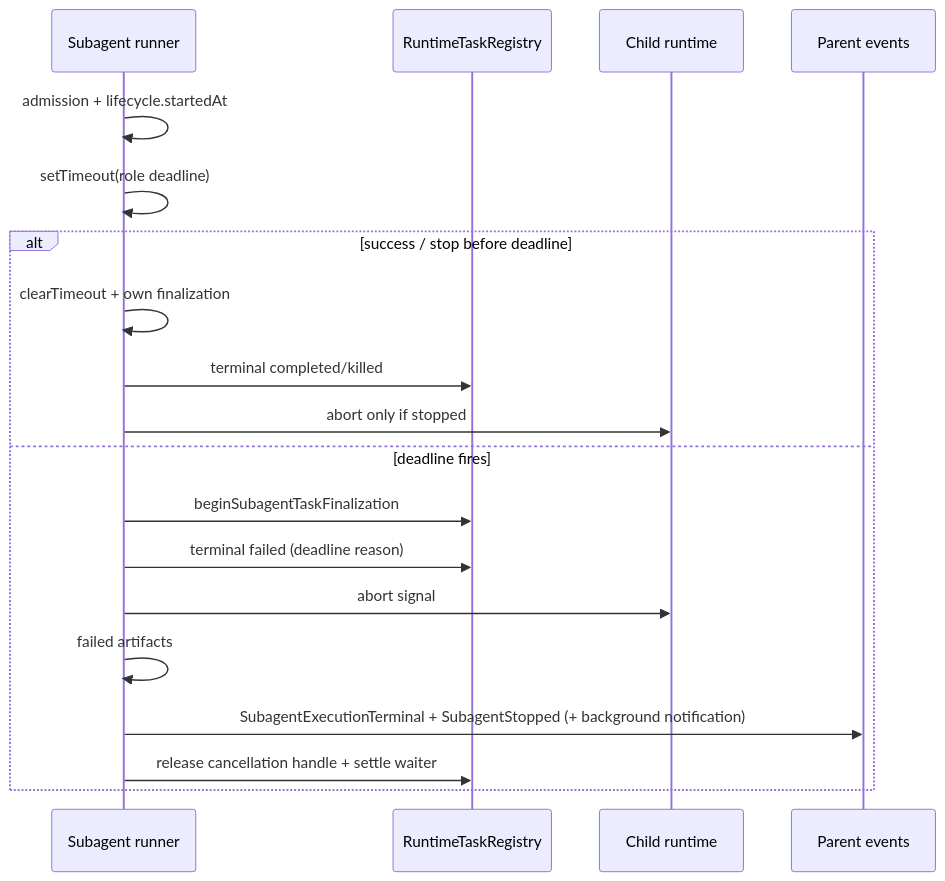
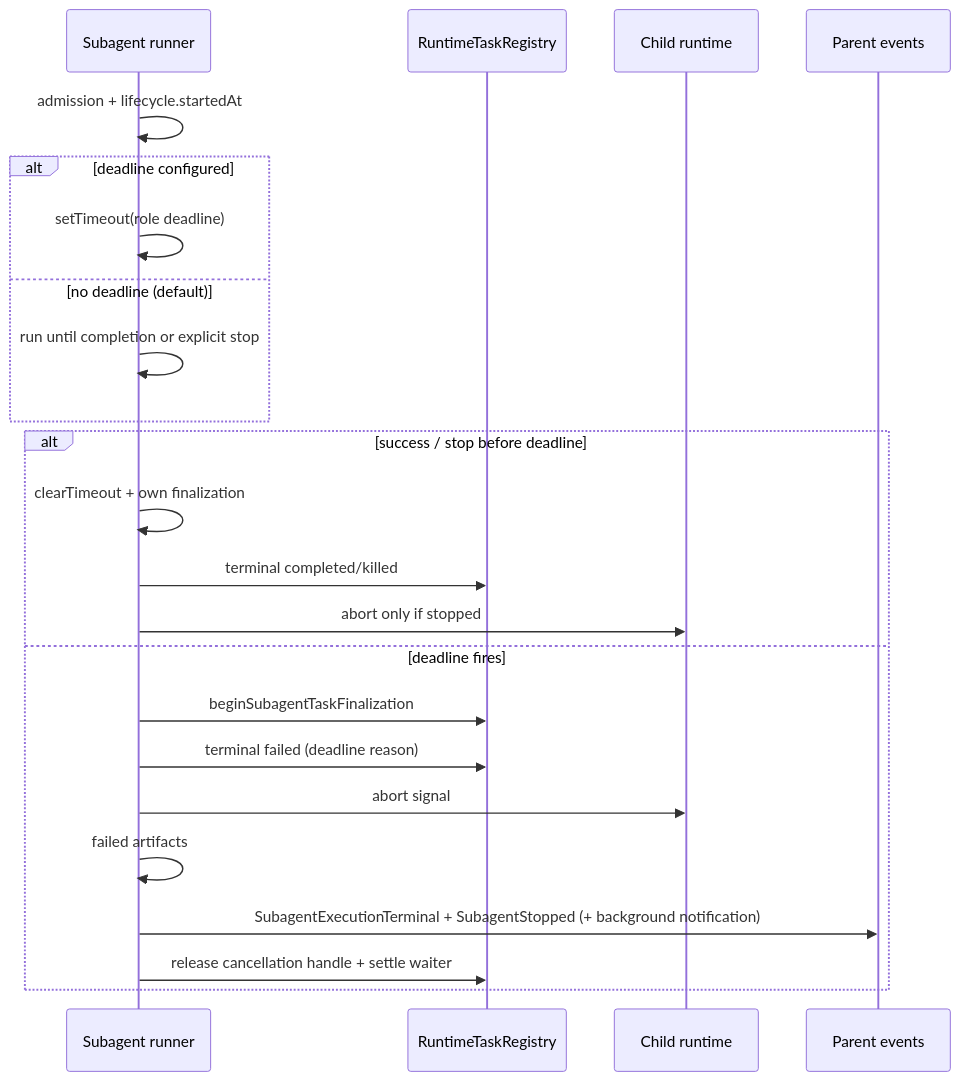
Before and after one commit to m1krot1k1/Zcode: the third of 3 diagrams in docs/specs/zcode-swarm-mode.md, drawn with Mermaid. The commit also changed other lines of this file and 39 other files, not shown here.

````diff
--- a/docs/specs/zcode-swarm-mode.md
+++ b/docs/specs/zcode-swarm-mode.md
@@ -159,21 +160,25 @@
 ```mermaid
 sequenceDiagram
   participant Runner as Subagent runner
   participant Registry as RuntimeTaskRegistry
   participant Child as Child runtime
   participant UI as Parent events
   Runner->>Runner: admission + lifecycle.startedAt
-  Runner->>Runner: setTimeout(role deadline)
+  alt deadline configured
+    Runner->>Runner: setTimeout(role deadline)
+  else no deadline (default)
+    Runner->>Runner: run until completion or explicit stop
+  end
   alt success / stop before deadline
     Runner->>Runner: clearTimeout + own finalization
     Runner->>Registry: terminal completed/killed
     Runner->>Child: abort only if stopped
   else deadline fires
     Runner->>Registry: beginSubagentTaskFinalization
     Runner->>Registry: terminal failed (deadline reason)
     Runner->>Child: abort signal
     Runner->>Runner: failed artifacts
     Runner->>UI: SubagentExecutionTerminal + SubagentStopped (+ background notification)
     Runner->>Registry: release cancellation handle + settle waiter
   end
 ```
````
